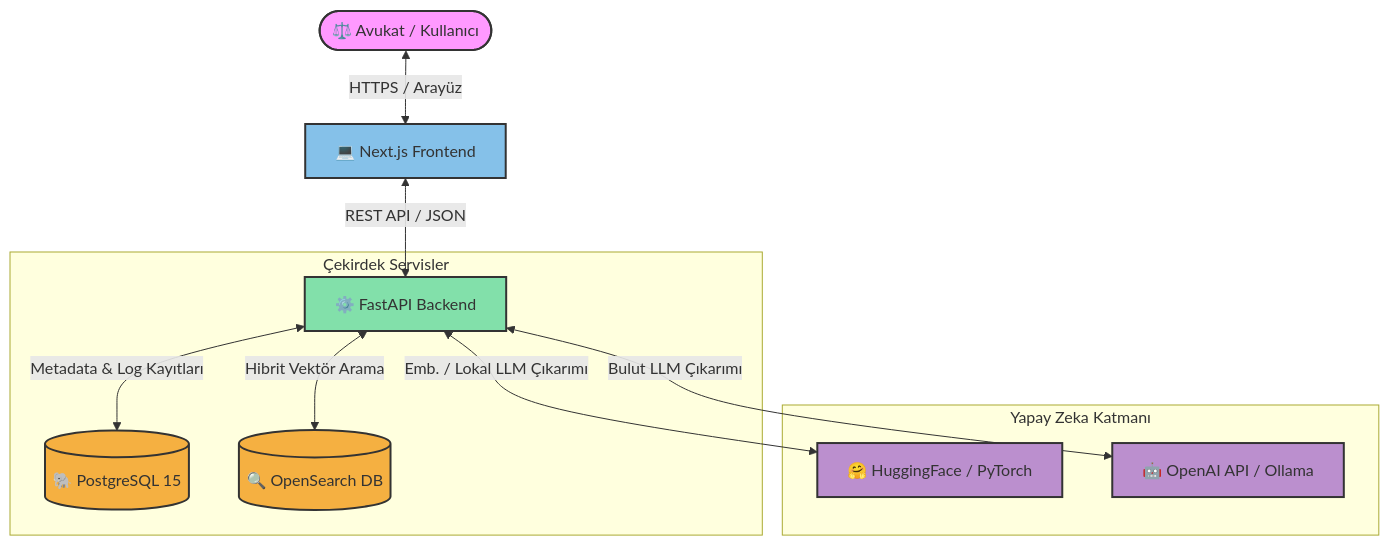
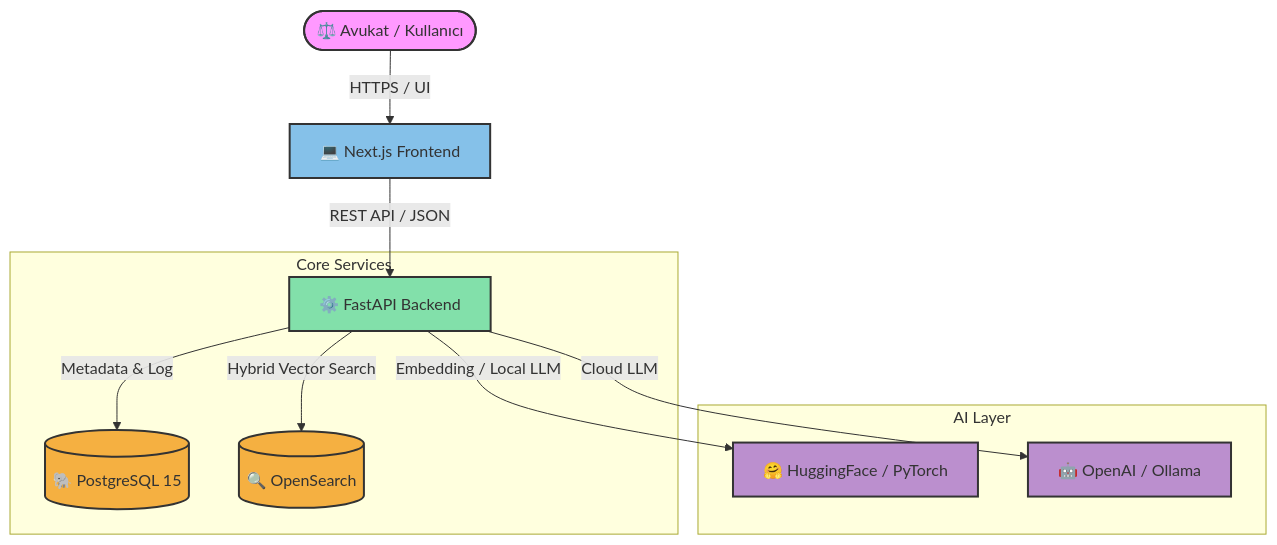
Before and after one commit to Yunus-Emr/legal-ai: the diagram in README.md, drawn with Mermaid. The commit also changed other lines of this file and 22 other files, not shown here.

Commit message:
feat: add matters API, implement startup database and reranker initialization, and enhance chunking with page metadata support.

````diff
--- a/README.md
+++ b/README.md
@@ -38,23 +39,20 @@
 ```mermaid
 graph TD
-    User([⚖️ Avukat / Kullanıcı]) <-->|HTTPS / Arayüz| FE[💻 Next.js Frontend]
-    FE <-->|REST API / JSON| BE[⚙️ FastAPI Backend]
-    
-    subgraph Çekirdek Servisler
-        BE <-->|Metadata & Log Kayıtları| DB[(🐘 PostgreSQL 15)]
-        BE <-->|Hibrit Vektör Arama| OS[(🔍 OpenSearch DB)]
+    User([⚖️ Avukat / Kullanıcı]) -->|HTTPS / UI| FE[💻 Next.js Frontend]
+    FE -->|REST API / JSON| BE[⚙️ FastAPI Backend]
+    subgraph Core Services
+        BE -->|Metadata & Log| DB[(🐘 PostgreSQL 15)]
+        BE -->|Hybrid Vector Search| OS[(🔍 OpenSearch)]
     end
-
-    subgraph Yapay Zeka Katmanı
-        BE <-->|Emb. / Lokal LLM Çıkarımı| HF[🤗 HuggingFace / PyTorch]
-        BE <-->|Bulut LLM Çıkarımı| OAI[🤖 OpenAI API / Ollama]
+    subgraph AI Layer
+        BE -->|Embedding / Local LLM| HF[🤗 HuggingFace / PyTorch]
+        BE -->|Cloud LLM| OAI[🤖 OpenAI / Ollama]
     end
-    
     style User fill:#f9f,stroke:#333,stroke-width:2px
     style FE fill:#85C1E9,stroke:#333,stroke-width:2px
     style BE fill:#82E0AA,stroke:#333,stroke-width:2px
     style DB fill:#F5B041,stroke:#333,stroke-width:2px
     style OS fill:#F5B041,stroke:#333,stroke-width:2px
     style HF fill:#BB8FCE,stroke:#333,stroke-width:2px
     style OAI fill:#BB8FCE,stroke:#333,stroke-width:2px
 ```
````
